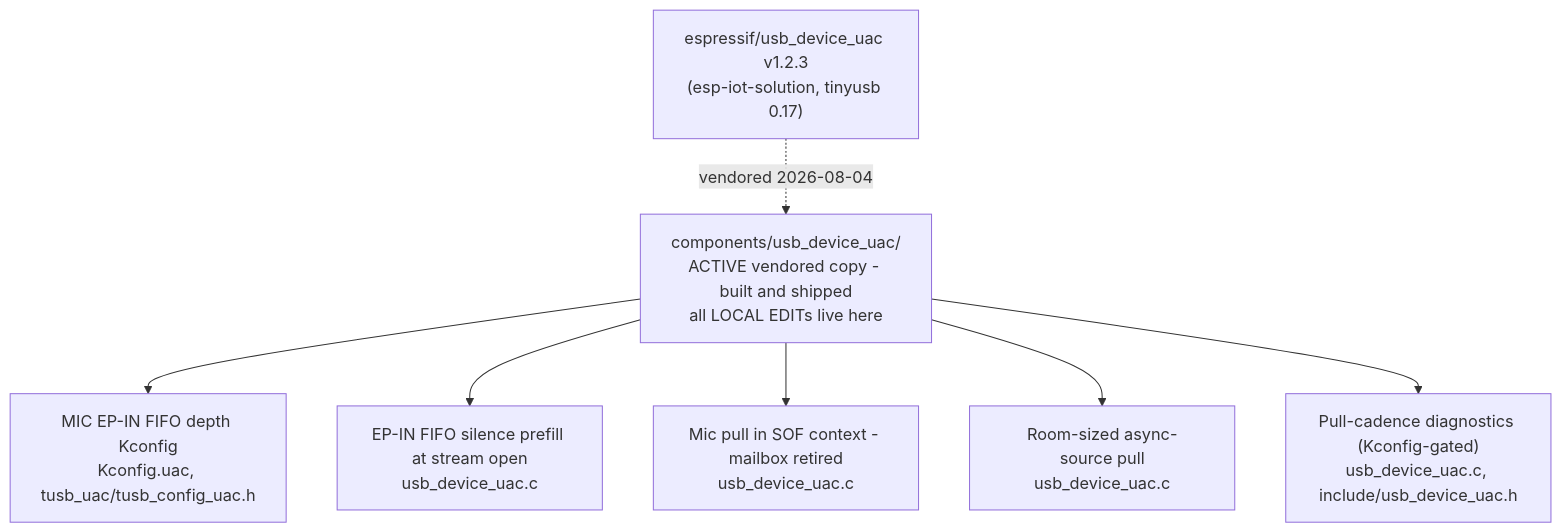
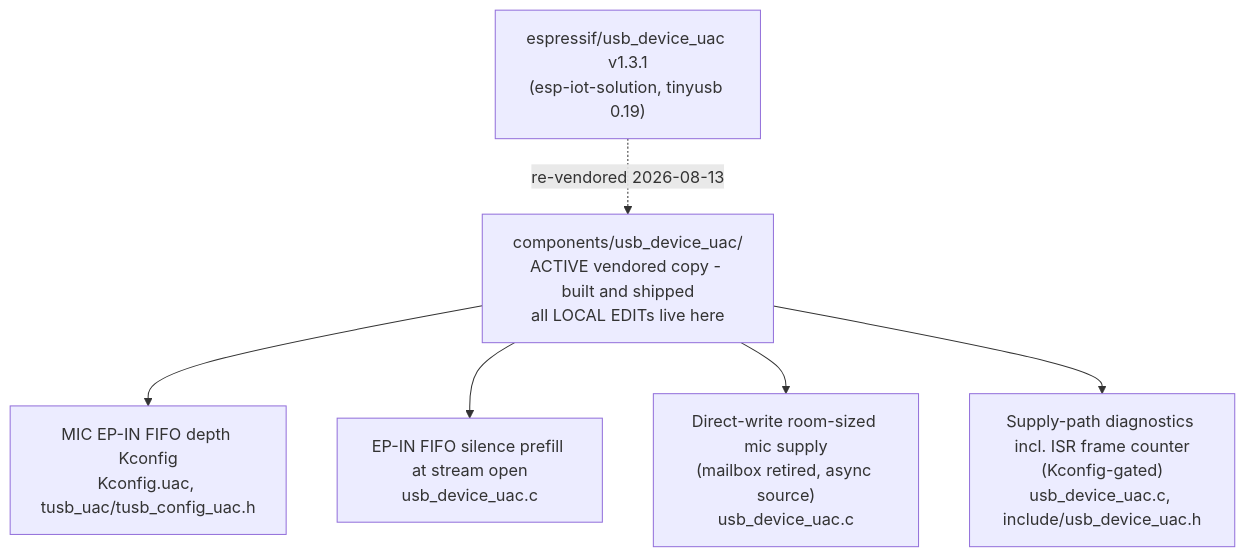
One commit to cxandy/S3-Amysynth changed the diagram in UAC-EDITS.md. Above: the diagram before and after it, drawn with Mermaid. The commit also changed other lines of this file and 1 other file, not shown here.

First line of the commit message:
UAC-EDITS + manifest: v1.3.1/tinyusb-0.19 base documented, pin bumped

````diff
--- a/UAC-EDITS.md
+++ b/UAC-EDITS.md
@@ -23,13 +26,12 @@
 ```mermaid
 flowchart TD
-    Upstream["espressif/usb_device_uac v1.2.3<br/>(esp-iot-solution, tinyusb 0.17)"]
+    Upstream["espressif/usb_device_uac v1.3.1<br/>(esp-iot-solution, tinyusb 0.19)"]
     Active["components/usb_device_uac/<br/>ACTIVE vendored copy - built and shipped<br/>all LOCAL EDITs live here"]
 
-    Upstream -.vendored 2026-08-04.-> Active
+    Upstream -.re-vendored 2026-08-13.-> Active
 
     Active --> DEPTH["MIC EP-IN FIFO depth Kconfig<br/>Kconfig.uac, tusb_uac/tusb_config_uac.h"]
     Active --> PREFILL["EP-IN FIFO silence prefill at stream open<br/>usb_device_uac.c"]
-    Active --> PULL["Mic pull in SOF context - mailbox retired<br/>usb_device_uac.c"]
-    Active --> ROOM["Room-sized async-source pull<br/>usb_device_uac.c"]
-    Active --> DIAG["Pull-cadence diagnostics (Kconfig-gated)<br/>usb_device_uac.c, include/usb_device_uac.h"]
+    Active --> SUPPLY["Direct-write room-sized mic supply<br/>(mailbox retired, async source)<br/>usb_device_uac.c"]
+    Active --> DIAG["Supply-path diagnostics incl. ISR frame counter<br/>(Kconfig-gated)<br/>usb_device_uac.c, include/usb_device_uac.h"]
 ```
````
